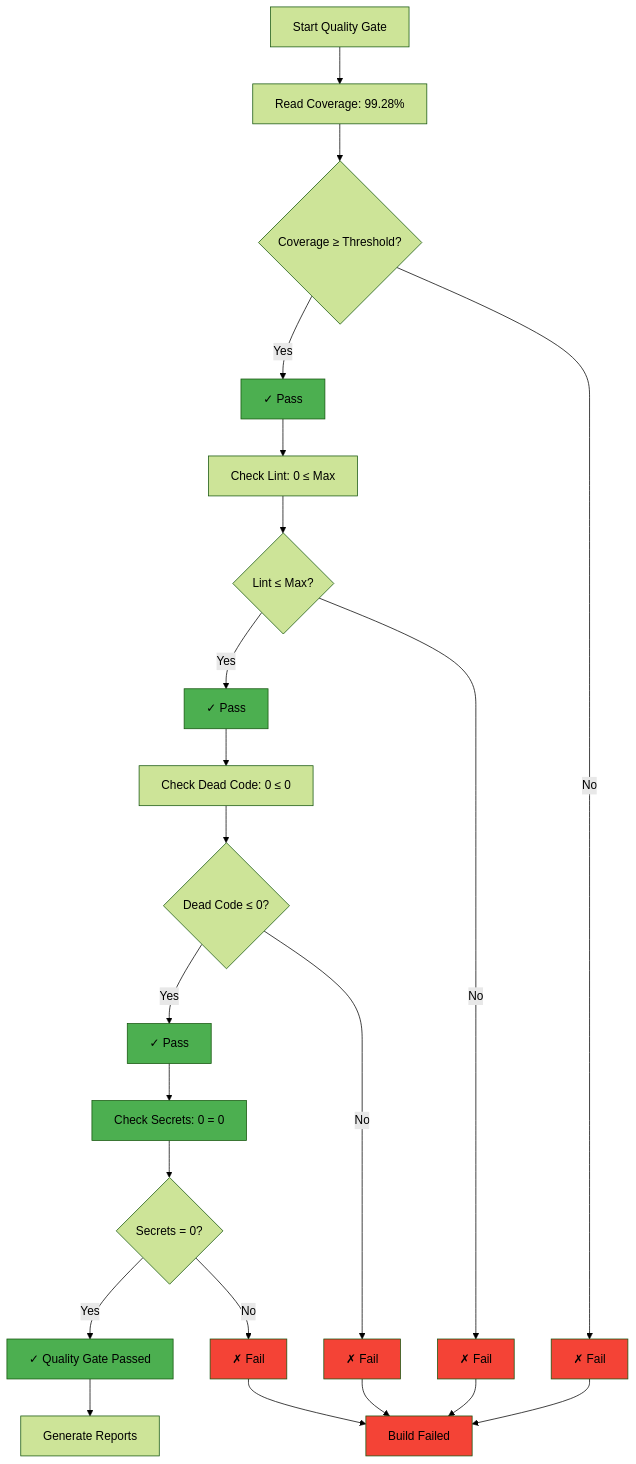
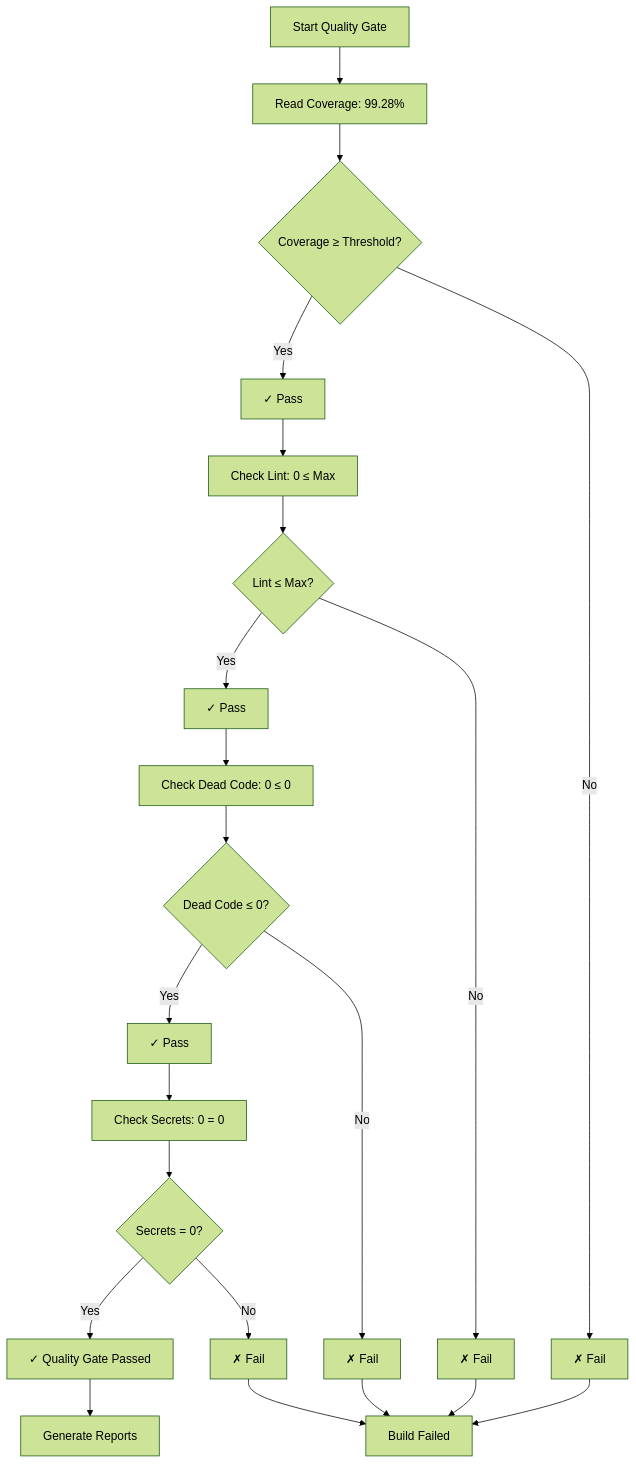
One commit to ericodx/swift-structure changed the third of 6 diagrams in Docs/CI/README.md. Above: the diagram before and after it, drawn with Mermaid (forest theme). The commit also changed other lines of this file, not shown here.

````diff
--- a/Docs/CI/README.md
+++ b/Docs/CI/README.md
@@ -133,42 +148,31 @@
 ```mermaid
 flowchart TD
     A[Start Quality Gate] --> B[Read Coverage: 99.28%]
     B --> C{Coverage ≥ Threshold?}
     C -->|Yes| D[✓ Pass]
     C -->|No| E[✗ Fail]
     
     D --> F[Check Lint: 0 ≤ Max]
     E --> Z[Build Failed]
     
     F --> G{Lint ≤ Max?}
     G -->|Yes| H[✓ Pass]
     G -->|No| I[✗ Fail]
     
     H --> J[Check Dead Code: 0 ≤ 0]
     I --> Z
     
     J --> K{Dead Code ≤ 0?}
     K -->|Yes| L[✓ Pass]
     K -->|No| M[✗ Fail]
     
     L --> N[Check Secrets: 0 = 0]
     M --> Z
     
     N --> O{Secrets = 0?}
     O -->|Yes| P[✓ Quality Gate Passed]
     O -->|No| Q[✗ Fail]
     
     P --> R[Generate Reports]
     Q --> Z
-    
-    style D fill:#4caf50
-    style H fill:#4caf50
-    style L fill:#4caf50
-    style N fill:#4caf50
-    style P fill:#4caf50
-    style E fill:#f44336
-    style I fill:#f44336
-    style M fill:#f44336
-    style Q fill:#f44336
-    style Z fill:#f44336
 ```
````
